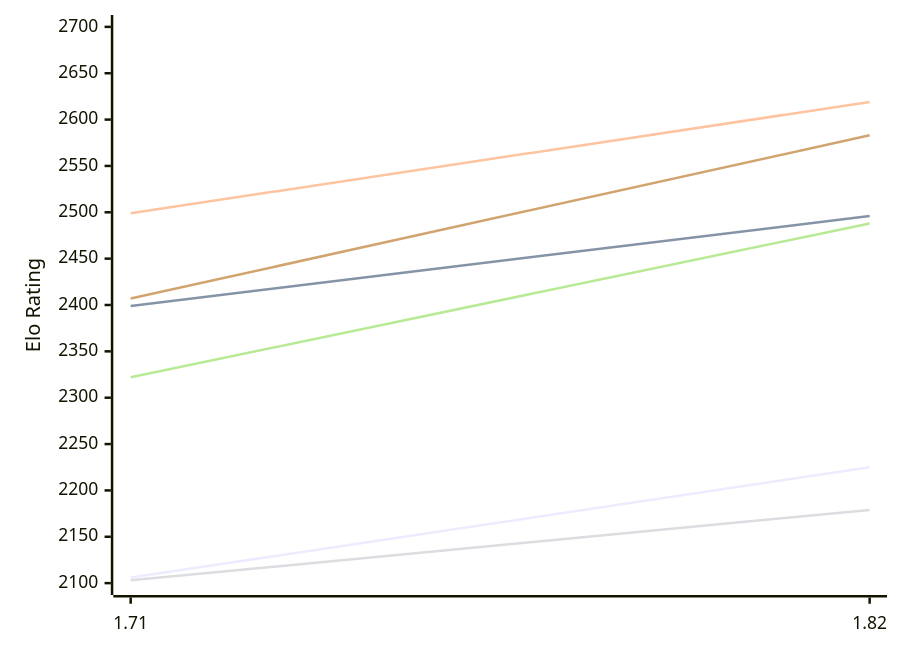
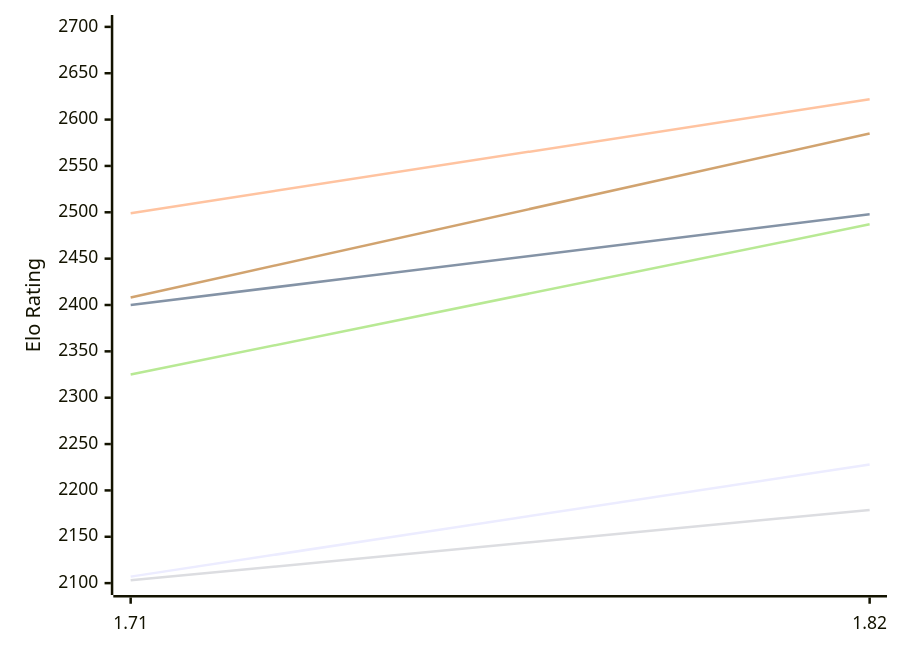
One commit to computer-chess-index/cci changed the first of 2 diagrams in engines/Amira.md. Above: the diagram before and after it, drawn with Mermaid. The commit also changed other lines of this file, not shown here.

Commit message:
Update CCI Ratings (ELO VLTC) - 2026-11-19

````diff
--- a/engines/Amira.md
+++ b/engines/Amira.md
@@ -50,12 +50,12 @@
 ```mermaid
 %%{init: {"theme":"base","themeVariables":{"seriesColors:['#a3a3a3','#222221','#faa371']}}}%%
 xychart-beta
   x-axis ["1.71", "1.82"]
   y-axis "Elo Rating" 2100 --> 2700
-  line "E1: STC (8.0+0.08s)" [2106, 2225]
-  line "E1: LTC (60.0+0.60s)" [2399, 2496]
-  line "E1: VLTC (2m24s+1.12s)" [2499, 2619]
+  line "E1: STC (8.0+0.08s)" [2107, 2228]
+  line "E1: LTC (60.0+0.60s)" [2400, 2498]
+  line "E1: VLTC (2m24s+1.12s)" [2499, 2622]
   line "P1: STC (8.0+0.08s)" [2103, 2179]
-  line "P1: LTC (60.0+0.60s)" [2322, 2488]
-  line "P1: VLTC (2m24s+1.12s)" [2407, 2583]
+  line "P1: LTC (60.0+0.60s)" [2325, 2487]
+  line "P1: VLTC (2m24s+1.12s)" [2408, 2585]
 ```
````
